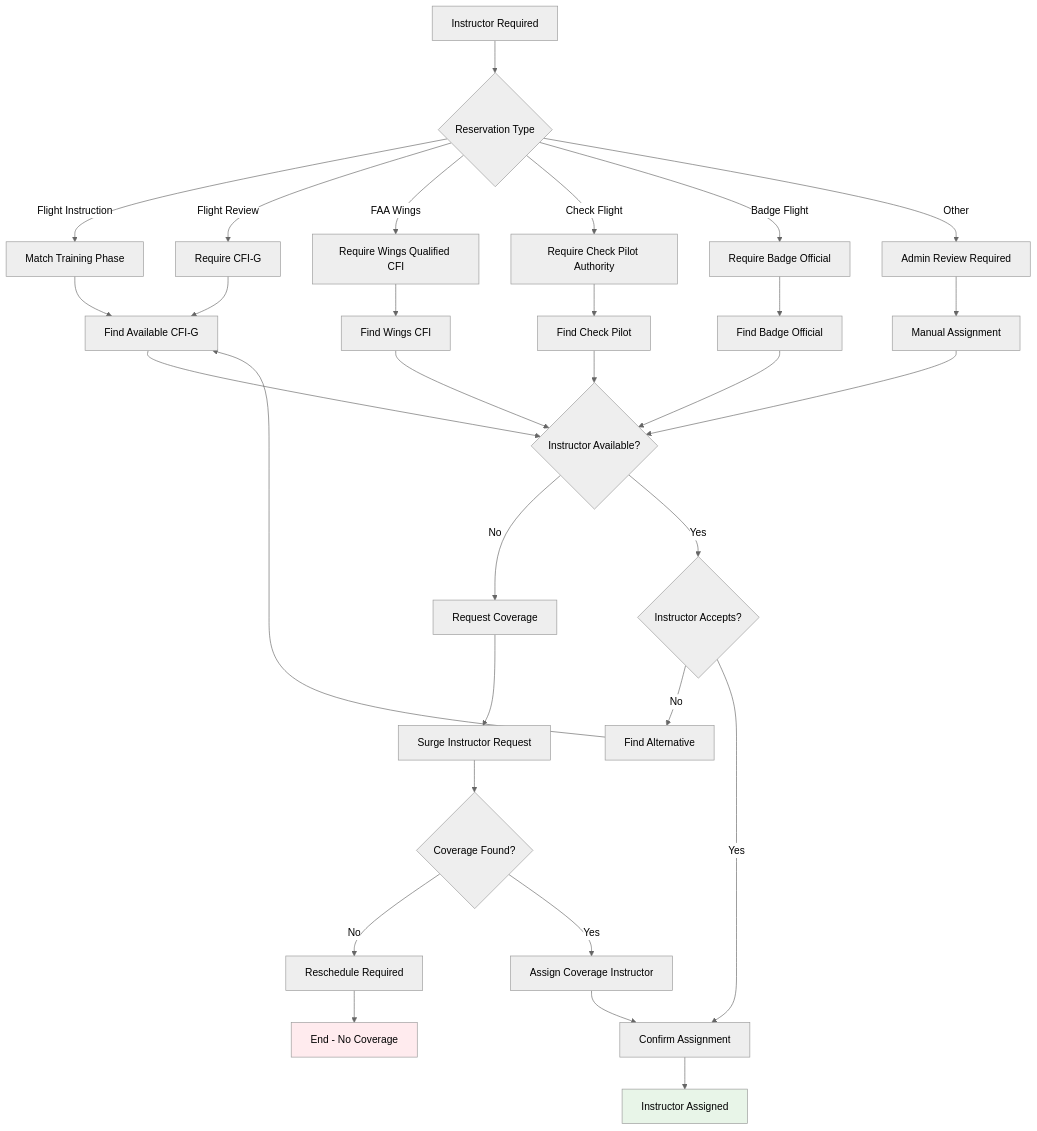
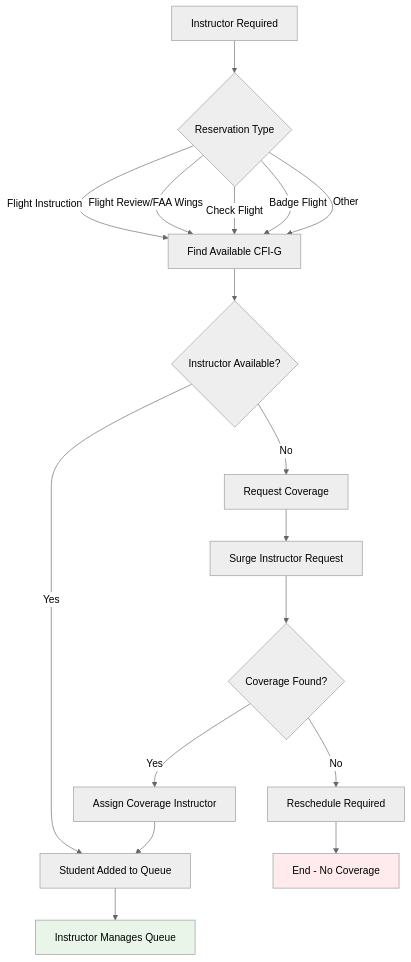
One commit to pietbarber/Manage2Soar changed the third of 6 diagrams in docs/workflows/issue-190-glider-reservation-design.md. Above: the diagram before and after it, drawn with Mermaid (neutral theme). The commit also changed other lines of this file, not shown here.

````diff
--- a/docs/workflows/issue-190-glider-reservation-design.md
+++ b/docs/workflows/issue-190-glider-reservation-design.md
@@ -117,44 +115,28 @@
 ```mermaid
 flowchart TD
     A[Instructor Required] --> B{Reservation Type}
     
-    B -->|Flight Instruction| C[Match Training Phase]
-    B -->|Flight Review| D[Require CFI-G]
-    B -->|FAA Wings| E[Require Wings Qualified CFI]
-    B -->|Check Flight| F[Require Check Pilot Authority]
-    B -->|Badge Flight| G[Require Badge Official]
-    B -->|Other| H[Admin Review Required]
+    B -->|Flight Instruction| C[Find Available CFI-G]
+    B -->|Flight Review/FAA Wings| C
+    B -->|Check Flight| C
+    B -->|Badge Flight| C
+    B -->|Other| C
     
-    C --> I[Find Available CFI-G]
-    D --> I
-    E --> J[Find Wings CFI]
-    F --> K[Find Check Pilot]
-    G --> L[Find Badge Official]
-    H --> M[Manual Assignment]
+    C --> D{Instructor Available?}
     
-    I --> N{Instructor Available?}
-    J --> N
-    K --> N
-    L --> N
-    M --> N
+    D -->|No| E[Request Coverage]
+    D -->|Yes| F[Student Added to Queue]
     
-    N -->|No| O[Request Coverage]
-    N -->|Yes| P{Instructor Accepts?}
+    E --> G[Surge Instructor Request]
+    G --> H{Coverage Found?}
+    H -->|No| I[Reschedule Required]
+    H -->|Yes| J[Assign Coverage Instructor]
     
-    O --> Q[Surge Instructor Request]
-    Q --> R{Coverage Found?}
-    R -->|No| S[Reschedule Required]
-    R -->|Yes| T[Assign Coverage Instructor]
+    J --> F
+    F --> K[Instructor Manages Queue]
     
-    P -->|No| U[Find Alternative]
-    P -->|Yes| V[Confirm Assignment]
+    I --> L[End - No Coverage]
     
-    U --> I
-    T --> V
-    V --> W[Instructor Assigned]
-    
-    S --> X[End - No Coverage]
-    
-    style W fill:#e8f5e8
-    style X fill:#ffebee
+    style K fill:#e8f5e8
+    style L fill:#ffebee
 ```
````
